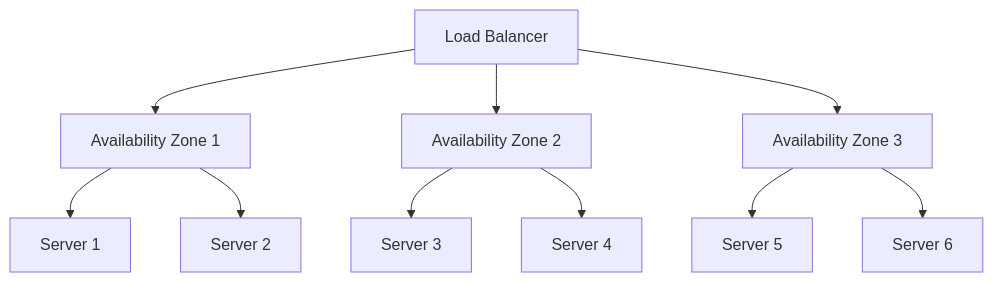
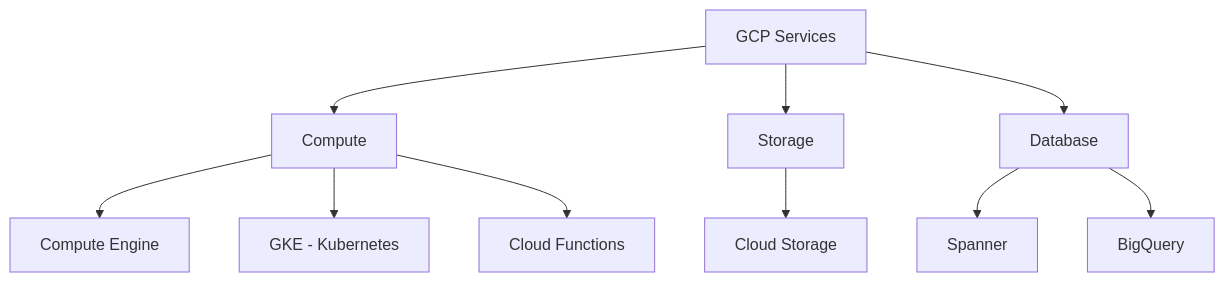
The eighth of 11 diagrams in src/cloud/overview.md (vanos001/placement_prep), drawn with Mermaid before and after one commit. The commit also changed other lines of this file and 12 other files, not shown here.

Commit message:
Storage + Concurrency complete, SUMMARY.md updated with roadmap.sh topics

````diff
--- a/src/cloud/overview.md
+++ b/src/cloud/overview.md
@@ -215,13 +180,14 @@
 ```mermaid
-graph TB
-    LB[Load Balancer] --> AZ1[Availability Zone 1]
-    LB --> AZ2[Availability Zone 2]
-    LB --> AZ3[Availability Zone 3]
+graph TD
+    GCP[GCP Services] --> COMPUTE_G[Compute]
+    GCP --> STORAGE_G[Storage]
+    GCP --> DATABASE_G[Database]
 
-    AZ1 --> S1[Server 1]
-    AZ1 --> S2[Server 2]
-    AZ2 --> S3[Server 3]
-    AZ2 --> S4[Server 4]
-    AZ3 --> S5[Server 5]
-    AZ3 --> S6[Server 6]
+    COMPUTE_G --> GCE[Compute Engine]
+    COMPUTE_G --> GKE[GKE - Kubernetes]
+    COMPUTE_G --> CLOUD_FUNCTIONS[Cloud Functions]
+
+    STORAGE_G --> GCS[Cloud Storage]
+    DATABASE_G --> SPANNER[Spanner]
+    DATABASE_G --> BIGQUERY[BigQuery]
 ```
````
